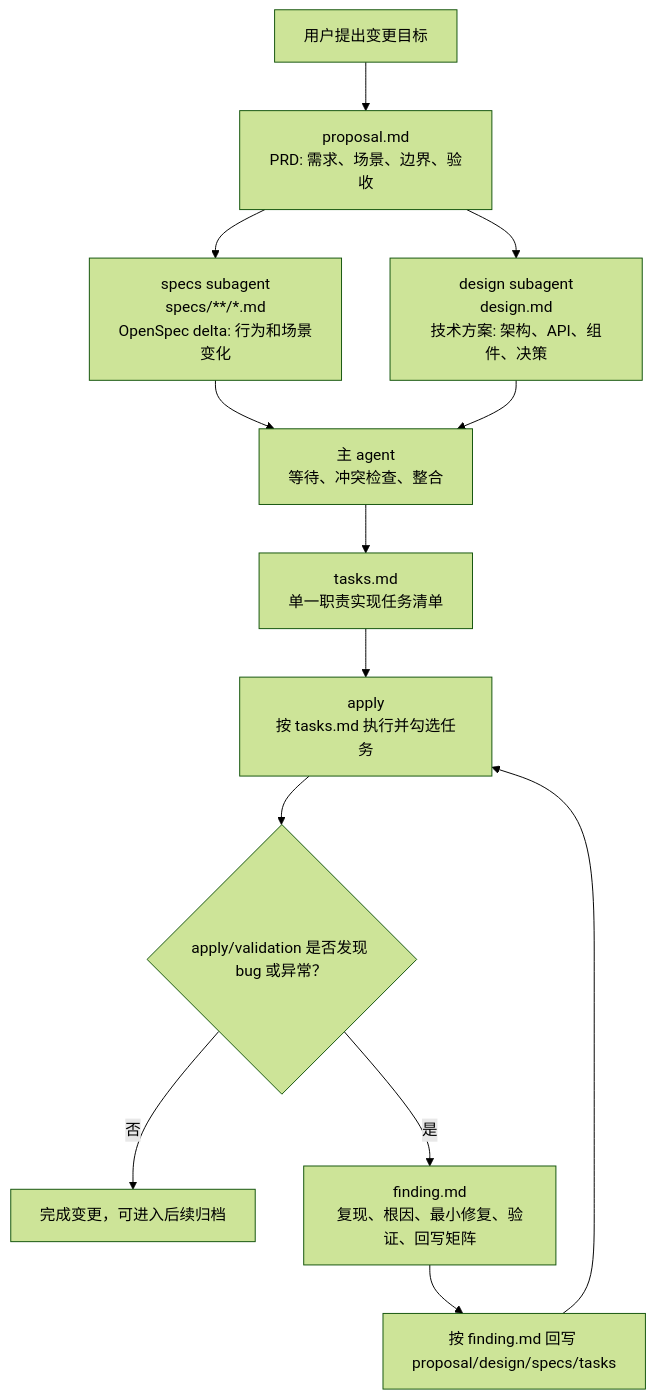
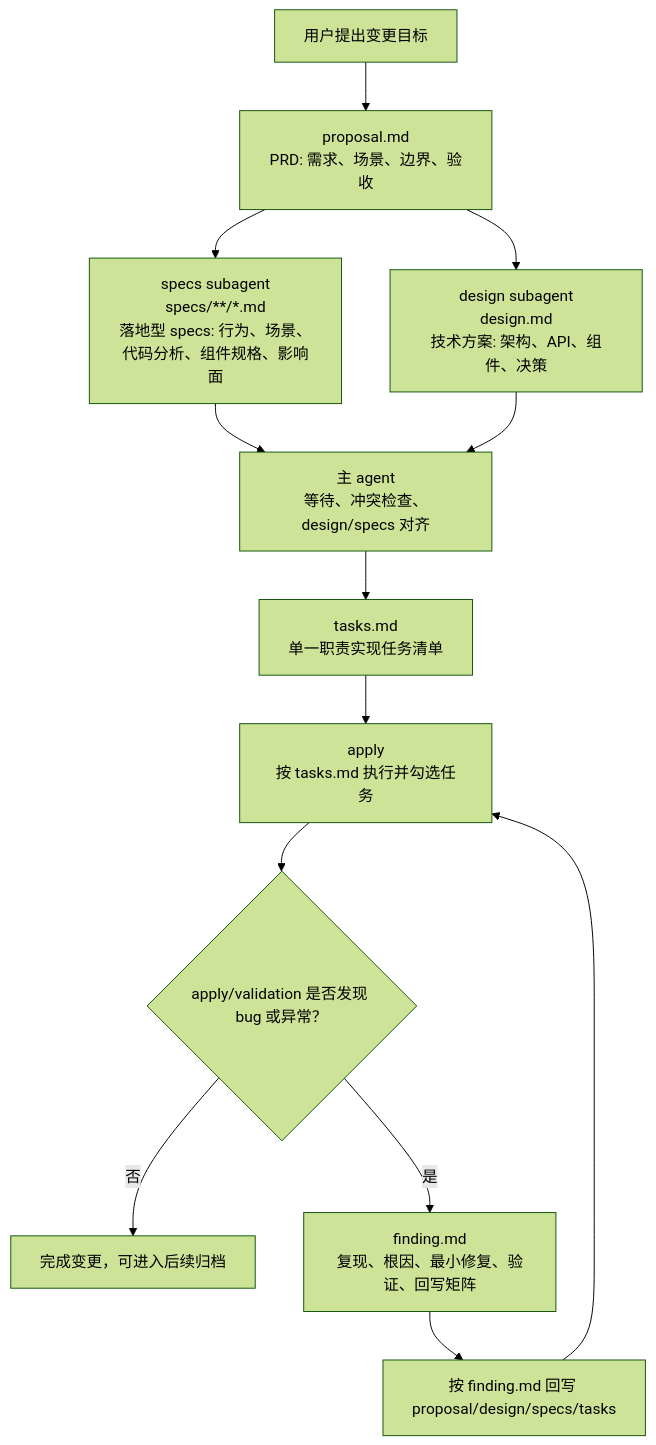
Before and after one commit to shadowgxq/open-spec-customization: the diagram in spec-parallel/README.md, drawn with Mermaid (forest theme). The commit also changed other lines of this file and 5 other files, not shown here.

````diff
--- a/spec-parallel/README.md
+++ b/spec-parallel/README.md
@@ -37,18 +37,18 @@
 ```mermaid
 flowchart TD
     A["用户提出变更目标"] --> B["proposal.md<br/>PRD: 需求、场景、边界、验收"]
 
-    B --> C1["specs subagent<br/>specs/**/*.md<br/>OpenSpec delta: 行为和场景变化"]
+    B --> C1["specs subagent<br/>specs/**/*.md<br/>落地型 specs: 行为、场景、代码分析、组件规格、影响面"]
     B --> C2["design subagent<br/>design.md<br/>技术方案: 架构、API、组件、决策"]
 
-    C1 --> C3["主 agent<br/>等待、冲突检查、整合"]
+    C1 --> C3["主 agent<br/>等待、冲突检查、design/specs 对齐"]
     C2 --> C3
     C3 --> D["tasks.md<br/>单一职责实现任务清单"]
 
     D --> E["apply<br/>按 tasks.md 执行并勾选任务"]
     E --> F{"apply/validation 是否发现 bug 或异常？"}
     F -- "否" --> G["完成变更，可进入后续归档"]
     F -- "是" --> H["finding.md<br/>复现、根因、最小修复、验证、回写矩阵"]
     H --> I["按 finding.md 回写 proposal/design/specs/tasks"]
     I --> E
 ```
````
